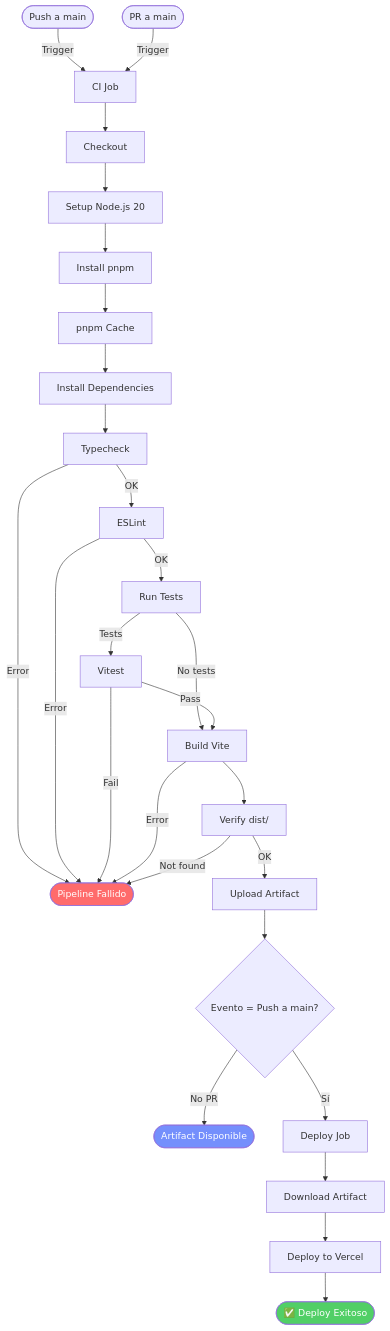
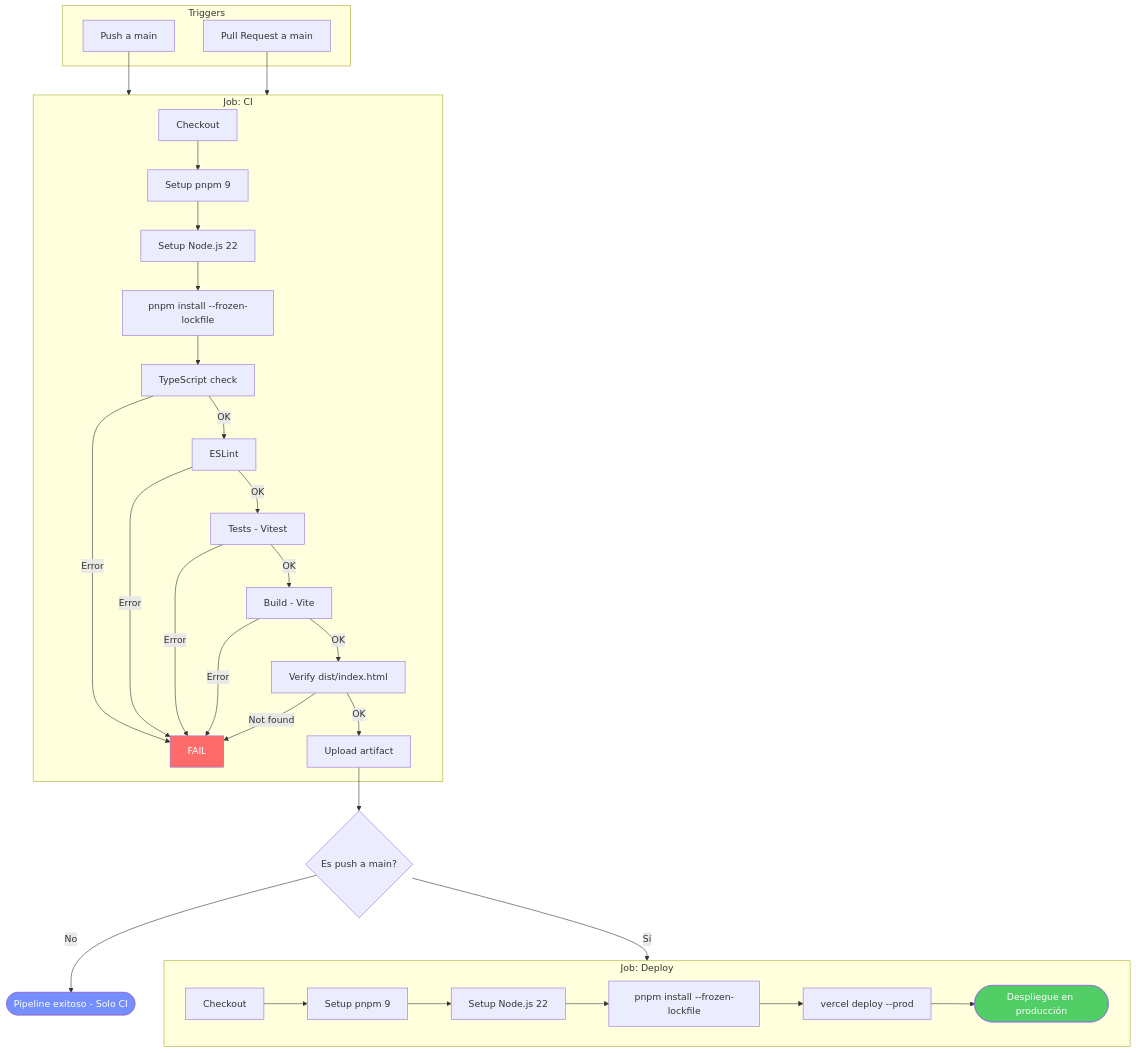
Before and after one commit to Ismael-1105/proyecto-septimo-ciclo-nube: the first of 2 diagrams in docs/documentacion-cicd.md, drawn with Mermaid. The commit also changed other lines of this file and 21 other files, not shown here.

````diff
--- a/docs/documentacion-cicd.md
+++ b/docs/documentacion-cicd.md
@@ -24,36 +81,44 @@
 ```mermaid
 flowchart TD
-    A([Push a main]) -->|Trigger| I[CI Job]
-    B([PR a main]) -->|Trigger| I[CI Job]
-    
-    I --> C[Checkout]
-    C --> D[Setup Node.js 20]
-    D --> E[Install pnpm]
-    E --> F[pnpm Cache]
-    F --> G[Install Dependencies]
-    G --> H[Typecheck]
-    H -->|Error| X([Pipeline Fallido])
-    H -->|OK| I2[ESLint]
-    I2 -->|Error| X
-    I2 -->|OK| J[Run Tests]
-    J -->|No tests| K[Build Vite]
-    J -->|Tests| J2[Vitest]
-    J2 -->|Pass| K
-    J2 -->|Fail| X
-    K -->|Error| X
-    K --> L[Verify dist/]
-    L -->|Not found| X
-    L -->|OK| M[Upload Artifact]
-    
-    M --> N{Evento = Push a main?}
-    N -->|No PR| O([Artifact Disponible])
-    N -->|Sí| P[Deploy Job]
-    
-    P --> Q[Download Artifact]
-    Q --> R[Deploy to Vercel]
-    R --> S([✅ Deploy Exitoso])
-    
-    style X fill:#ff6b6b,color:#fff
-    style S fill:#51cf66,color:#fff
-    style O fill:#748ffc,color:#fff
+    subgraph Triggers
+        A[Push a main]
+        B[Pull Request a main]
+    end
+
+    A --> CI
+    B --> CI
+
+    subgraph CI[Job: CI]
+        C1[Checkout] --> C2[Setup pnpm 9]
+        C2 --> C3[Setup Node.js 22]
+        C3 --> C4[pnpm install --frozen-lockfile]
+        C4 --> C5[TypeScript check]
+        C5 -->|Error| FAIL
+        C5 -->|OK| C6[ESLint]
+        C6 -->|Error| FAIL
+        C6 -->|OK| C7[Tests - Vitest]
+        C7 -->|Error| FAIL
+        C7 -->|OK| C8[Build - Vite]
+        C8 -->|Error| FAIL
+        C8 -->|OK| C9[Verify dist/index.html]
+        C9 -->|Not found| FAIL
+        C9 -->|OK| C10[Upload artifact]
+    end
+
+    C10 --> CHECK{Es push a main?}
+
+    CHECK -->|No| DONE([Pipeline exitoso - Solo CI])
+    CHECK -->|Sí| DEPLOY
+
+    subgraph DEPLOY[Job: Deploy]
+        D1[Checkout] --> D2[Setup pnpm 9]
+        D2 --> D3[Setup Node.js 22]
+        D3 --> D4[pnpm install --frozen-lockfile]
+        D4 --> D5[vercel deploy --prod]
+        D5 --> LIVE([Despliegue en producción])
+    end
+
+    style FAIL fill:#ff6b6b,color:#fff
+    style LIVE fill:#51cf66,color:#fff
+    style DONE fill:#748ffc,color:#fff
 ```
````
